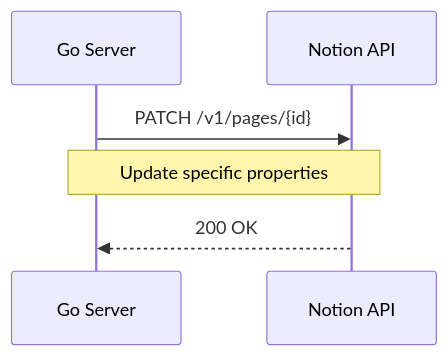
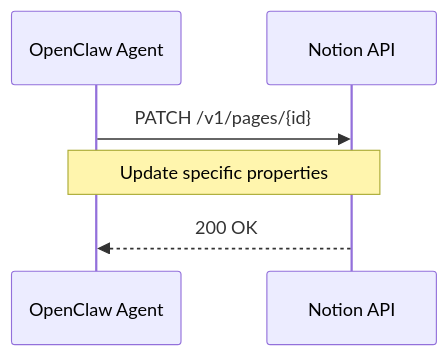
One commit to NickBorgersProbably/hide-my-list changed diagram 15 of 18 in docs/notion-schema.md. Above: the diagram before and after it, drawn with Mermaid. The commit also changed other lines of this file and 7 other files, not shown here.

````diff
--- a/docs/notion-schema.md
+++ b/docs/notion-schema.md
@@ -777,9 +777,9 @@
 ```mermaid
 sequenceDiagram
-    participant Server as Go Server
+    participant Agent as OpenClaw Agent
     participant Notion as Notion API
 
-    Server->>Notion: PATCH /v1/pages/{id}
-    Note over Server,Notion: Update specific properties
-    Notion-->>Server: 200 OK
+    Agent->>Notion: PATCH /v1/pages/{id}
+    Note over Agent,Notion: Update specific properties
+    Notion-->>Agent: 200 OK
 ```
````
